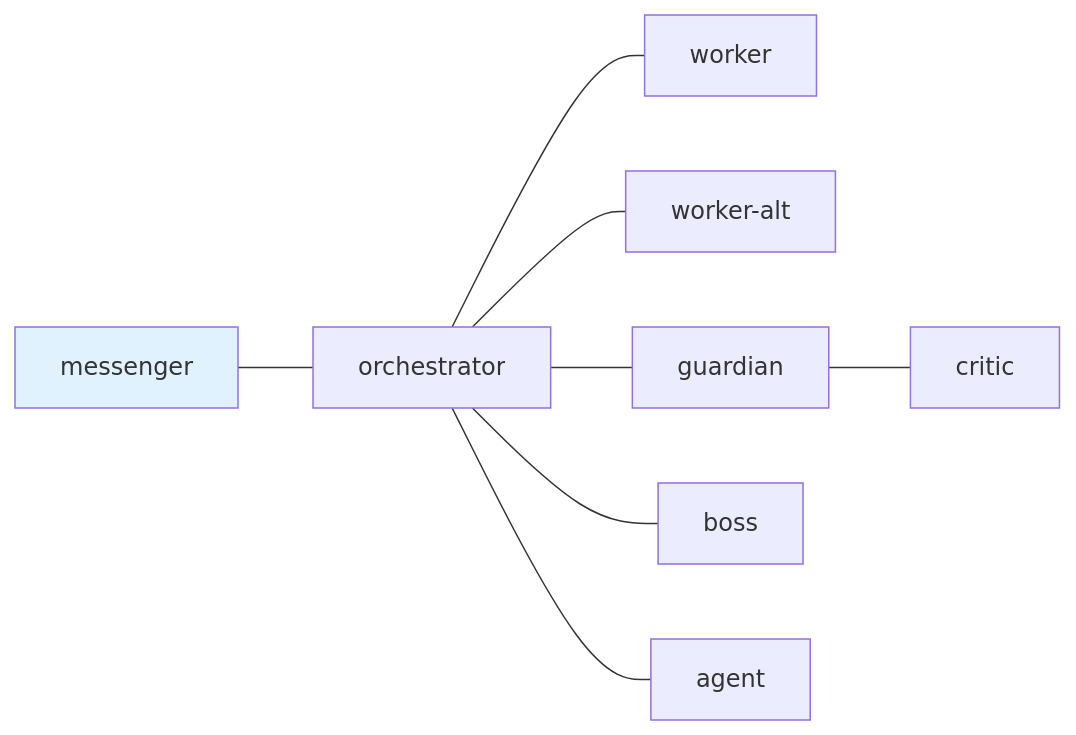
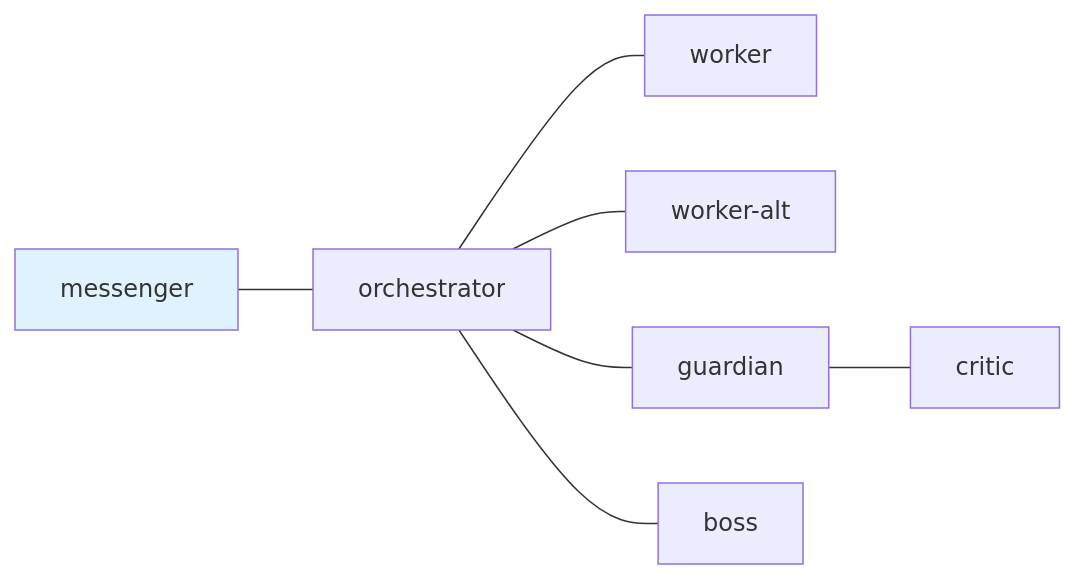
One commit to i9wa4/dotfiles changed the diagram in config/tmux-a2a-postman/postman.md. Above: the diagram before and after it, drawn with Mermaid. The commit also changed other lines of this file, not shown here.

````diff
--- a/config/tmux-a2a-postman/postman.md
+++ b/config/tmux-a2a-postman/postman.md
@@ -15,12 +15,11 @@
 ```mermaid
 graph LR
     messenger --- orchestrator
     orchestrator --- worker
     orchestrator --- worker-alt
     orchestrator --- guardian
     orchestrator --- boss
     guardian --- critic
-    orchestrator --- agent
     class messenger ui_node
     classDef ui_node fill:#e0f2fe
 ```
````
